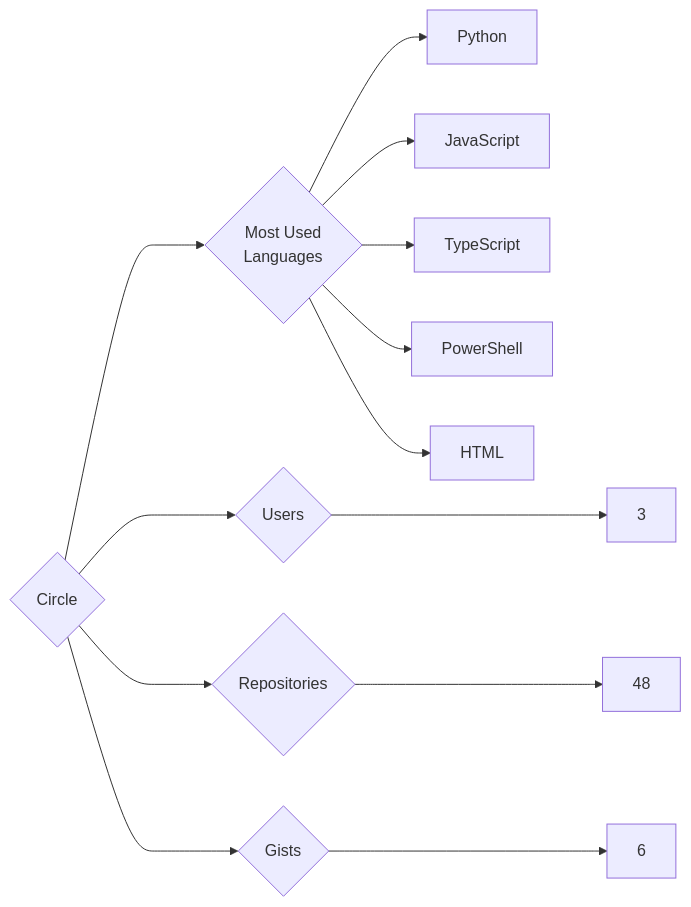
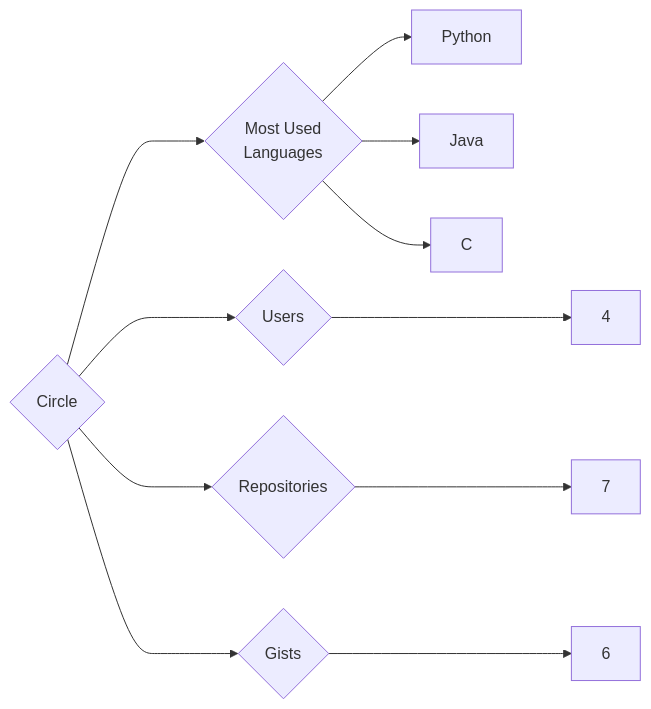
One commit to trickest/insiders changed the diagram in targets/Circle/README.md. Above: the diagram before and after it, drawn with Mermaid. The commit also changed 1036 other files, not shown here.

````diff
--- a/targets/Circle/README.md
+++ b/targets/Circle/README.md
@@ -3,13 +3,11 @@
 ```mermaid
 graph LR
 COMPANY_NAME{Circle}
-COMPANY_NAME ---> U{Users} ---> UN[3]
-COMPANY_NAME ---> R{Repositories} ---> RN[48]
+COMPANY_NAME ---> U{Users} ---> UN[4]
+COMPANY_NAME ---> R{Repositories} ---> RN[7]
 COMPANY_NAME ---> G{Gists} ---> GN[6]
 COMPANY_NAME ---> ML{Most Used<br>Languages}
 ML --> Python[Python]
-ML --> JavaScript[JavaScript]
-ML --> TypeScript[TypeScript]
-ML --> PowerShell[PowerShell]
-ML --> HTML[HTML]
+ML --> Java[Java]
+ML --> C[C]
 ```
````
